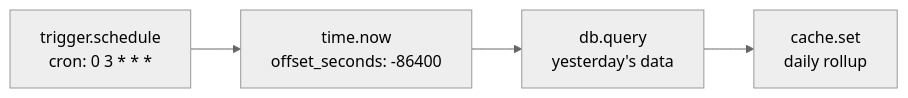
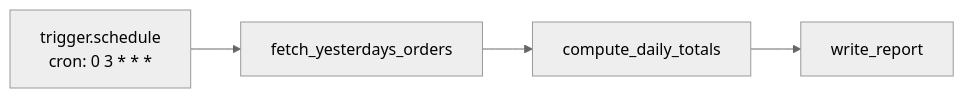
The second of 5 diagrams in apps/docs/flows/triggers.mdx (sillohq/pawabase), drawn with Mermaid (neutral theme) before and after one commit. The commit also changed other lines of this file and 128 other files, not shown here.

````diff
--- a/apps/docs/flows/triggers.mdx
+++ b/apps/docs/flows/triggers.mdx
@@ -145,6 +264,6 @@
 ```mermaid
 flowchart LR
-  A["trigger.schedule<br/>cron: 0 3 * * *"] --> B["time.now<br/>offset_seconds: -86400"]
-  B --> C["db.query<br/>yesterday's data"]
-  C --> D["cache.set<br/>daily rollup"]
+  A["trigger.schedule<br/>cron: 0 3 * * *"] --> B[fetch_yesterdays_orders]
+  B --> C[compute_daily_totals]
+  C --> D[write_report]
 ```
````
